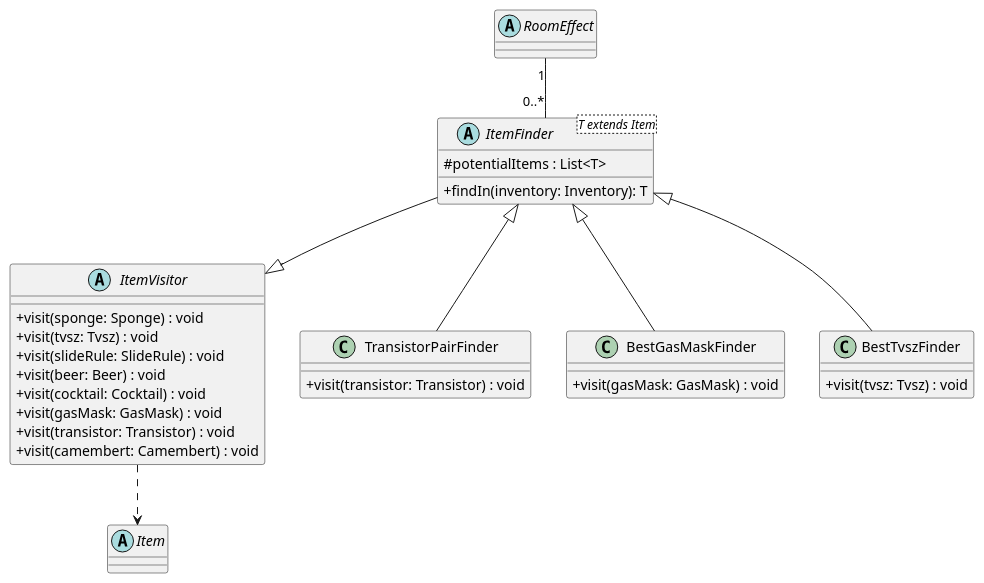
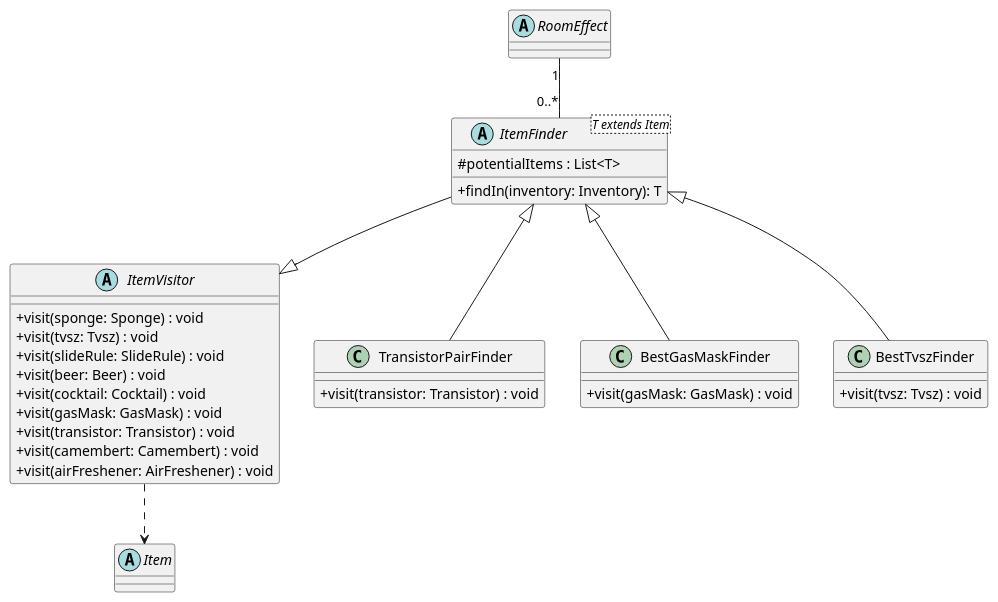
Before and after one commit to Kristof-me/Logarlec: the diagram in docs/class/itemFinder.puml, drawn with PlantUML. The commit also changed 5 other files, not shown here.

Commit message:
Updated class diagram

```diff
--- a/docs/class/itemFinder.puml
+++ b/docs/class/itemFinder.puml
@@ -1,58 +1,59 @@
-@startuml classDiagram
+@startuml ItemFinder
 skinparam classAttributeIconSize 0
 
 'Items --------------------------------------------
 abstract class Item {
 }
 
 
 'Effect -------------------------------------------
 abstract class RoomEffect {
 }
 ' tick returns false when the effect expires
 
 RoomEffect "1" -- "0..*" ItemFinder
 
 
 
 'Visitors ----------------------------------------
 abstract class ItemVisitor {
     + visit(sponge: Sponge) : void
     + visit(tvsz: Tvsz) : void
     + visit(slideRule: SlideRule) : void
     + visit(beer: Beer) : void
     + visit(cocktail: Cocktail) : void
     + visit(gasMask: GasMask) : void
     + visit(transistor: Transistor) : void
     + visit(camembert: Camembert) : void
+    + visit(airFreshener: AirFreshener) : void
 }
 
 ItemVisitor ..> Item
 
 abstract class ItemFinder<T extends Item> {
     # potentialItems : List<T>
     + findIn(inventory: Inventory): T
 }
 
 ItemFinder --|> ItemVisitor
 
 class TransistorPairFinder {
     + visit(transistor: Transistor) : void
 }
 
 class BestGasMaskFinder {
     + visit(gasMask: GasMask) : void
 }
 
 class BestTvszFinder {
     + visit(tvsz: Tvsz) : void
 }   
 
 ItemFinder <|-- TransistorPairFinder
 ItemFinder <|-- BestGasMaskFinder
 ItemFinder <|-- BestTvszFinder
 
 ' dependency
 'Transistor ..> IHasLocation
 
 @enduml
```
